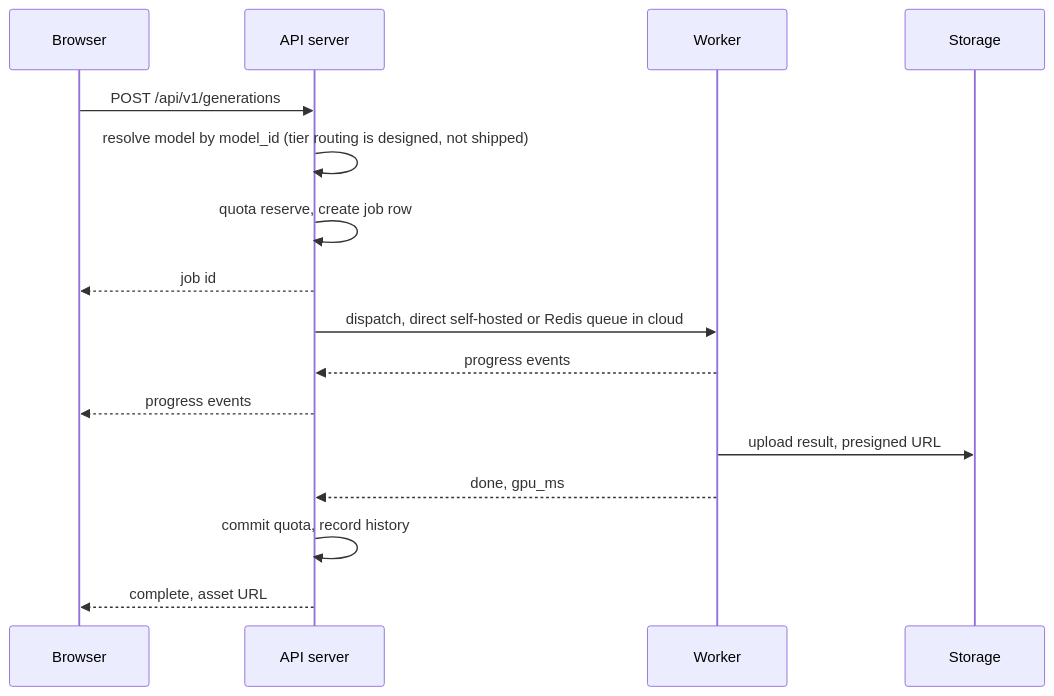
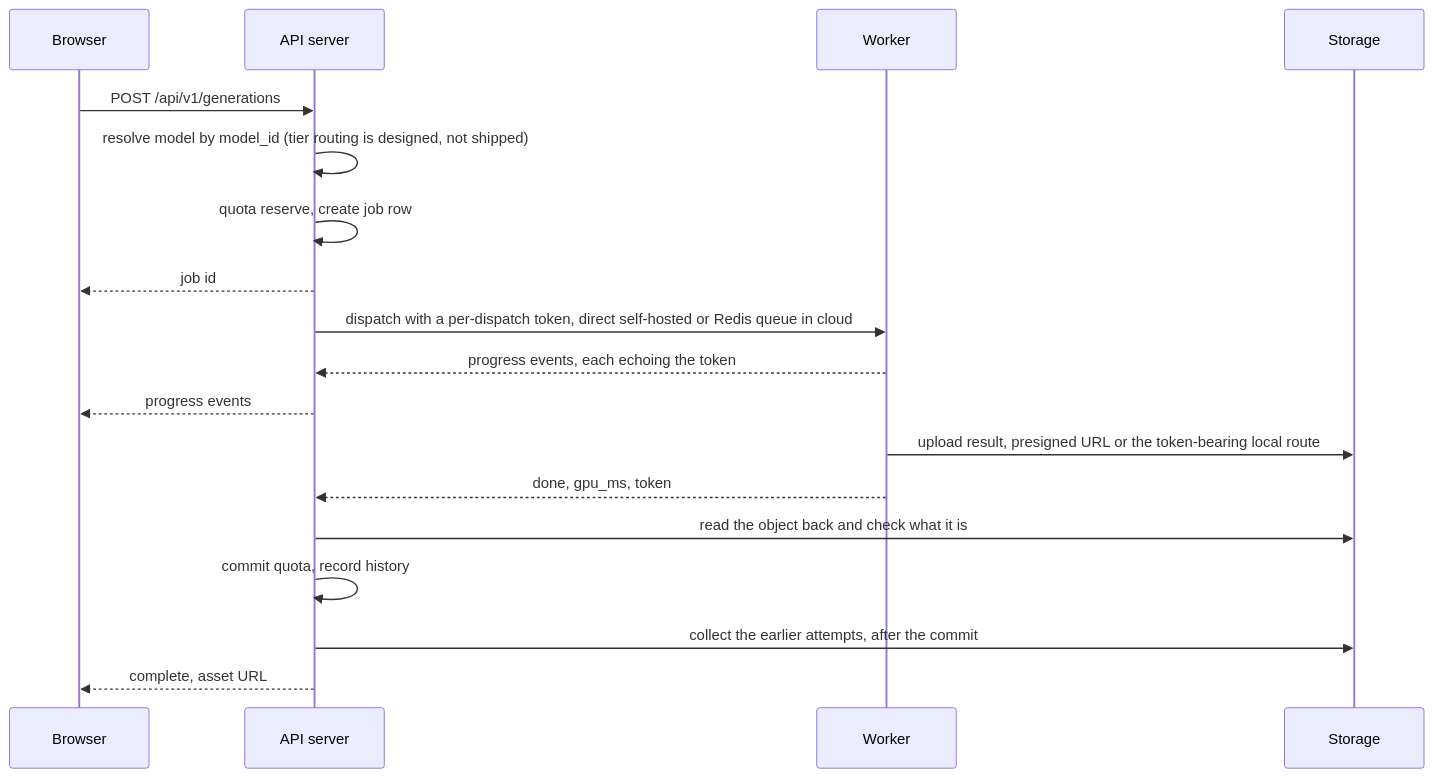
One commit to Portocolom-Studio/potocolom changed the seventh of 15 diagrams in docs/architecture.md. Above: the diagram before and after it, drawn with Mermaid. The commit also changed other lines of this file and 3 other files, not shown here.

````diff
--- a/docs/architecture.md
+++ b/docs/architecture.md
@@ -280,18 +280,20 @@
 ```mermaid
 sequenceDiagram
     participant B as Browser
     participant A as API server
     participant W as Worker
     participant S as Storage
     B->>A: POST /api/v1/generations
     A->>A: resolve model by model_id (tier routing is designed, not shipped)
     A->>A: quota reserve, create job row
     A-->>B: job id
-    A->>W: dispatch, direct self-hosted or Redis queue in cloud
-    W-->>A: progress events
+    A->>W: dispatch with a per-dispatch token, direct self-hosted or Redis queue in cloud
+    W-->>A: progress events, each echoing the token
     A-->>B: progress events
-    W->>S: upload result, presigned URL
-    W-->>A: done, gpu_ms
+    W->>S: upload result, presigned URL or the token-bearing local route
+    W-->>A: done, gpu_ms, token
+    A->>S: read the object back and check what it is
     A->>A: commit quota, record history
+    A->>S: collect the earlier attempts, after the commit
     A-->>B: complete, asset URL
 ```
````
